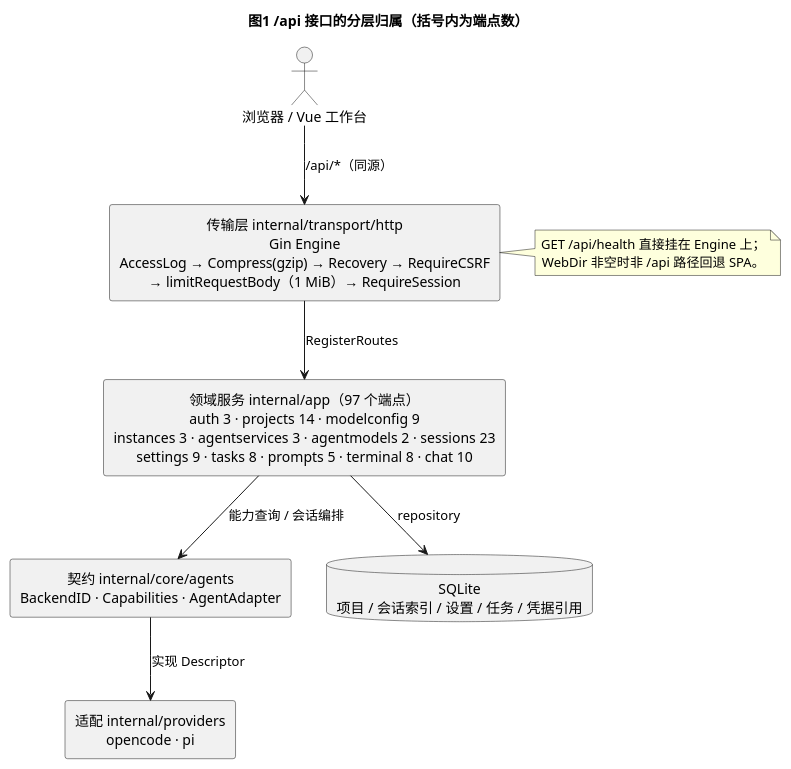
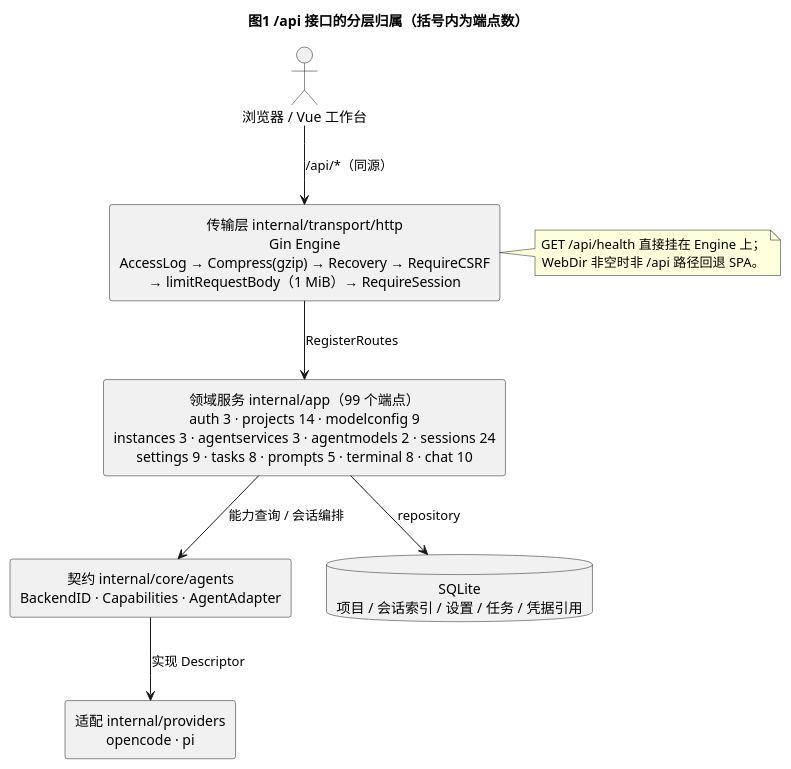
Before and after one commit to nickdevelop/dev_platform: the first of 5 diagrams in docs/api/backend-api-inventory.md, drawn with PlantUML. The commit also changed other lines of this file and 19 other files, not shown here.

Commit message:
feat(sessions): 历史图片按需加载

````diff
--- a/docs/api/backend-api-inventory.md
+++ b/docs/api/backend-api-inventory.md
@@ -33,30 +33,30 @@
 ```plantuml
 @startuml
 title 图1 /api 接口的分层归属（括号内为端点数）
 
 skinparam componentStyle rectangle
 skinparam defaultTextAlignment center
 top to bottom direction
 
 actor "浏览器 / Vue 工作台" as Web
 
 rectangle "传输层 internal/transport/http\nGin Engine\nAccessLog → Compress(gzip) → Recovery → RequireCSRF\n→ limitRequestBody（1 MiB）→ RequireSession" as T
 
-rectangle "领域服务 internal/app（97 个端点）\nauth 3 · projects 14 · modelconfig 9\ninstances 3 · agentservices 3 · agentmodels 2 · sessions 23\nsettings 9 · tasks 8 · prompts 5 · terminal 8 · chat 10" as D
+rectangle "领域服务 internal/app（99 个端点）\nauth 3 · projects 14 · modelconfig 9\ninstances 3 · agentservices 3 · agentmodels 2 · sessions 24\nsettings 9 · tasks 8 · prompts 5 · terminal 8 · chat 10" as D
 
 rectangle "契约 internal/core/agents\nBackendID · Capabilities · AgentAdapter" as C
 rectangle "适配 internal/providers\nopencode · pi" as P
 database "SQLite\n项目 / 会话索引 / 设置 / 任务 / 凭据引用" as DB
 
 Web --> T : /api/*（同源）
 T --> D : RegisterRoutes
 D --> C : 能力查询 / 会话编排
 C --> P : 实现 Descriptor
 D --> DB : repository
 
 note right of T
   GET /api/health 直接挂在 Engine 上；
   WebDir 非空时非 /api 路径回退 SPA。
 end note
 @enduml
 ```
````
